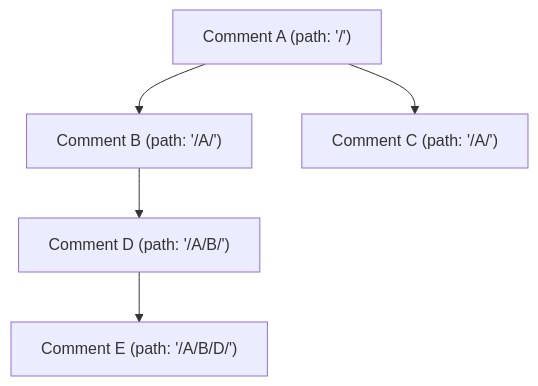
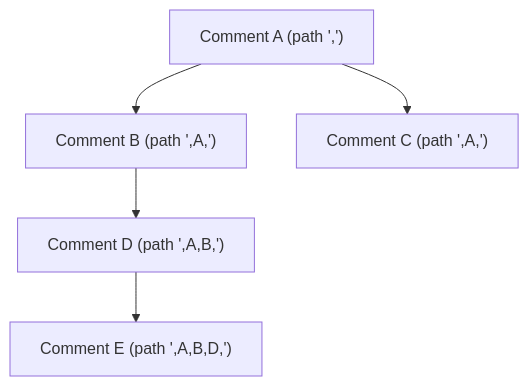
One commit to ravics09/system-design-pro changed the diagram in 06-basic-level-system-design-problems/06-comment-system.md. Above: the diagram before and after it, drawn with Mermaid. The commit also changed other lines of this file and 5 other files, not shown here.

````diff
--- a/06-basic-level-system-design-problems/06-comment-system.md
+++ b/06-basic-level-system-design-problems/06-comment-system.md
@@ -43,7 +65,7 @@
 ```mermaid
 flowchart TD
-    R["Comment A  (path: '/')"] --> B["Comment B  (path: '/A/')"]
-    R --> C["Comment C  (path: '/A/')"]
-    B --> D["Comment D  (path: '/A/B/')"]
-    D --> E["Comment E  (path: '/A/B/D/')"]
+    R["Comment A  (path ',')"] --> B["Comment B  (path ',A,')"]
+    R --> C["Comment C  (path ',A,')"]
+    B --> D["Comment D  (path ',A,B,')"]
+    D --> E["Comment E  (path ',A,B,D,')"]
 ```
````
